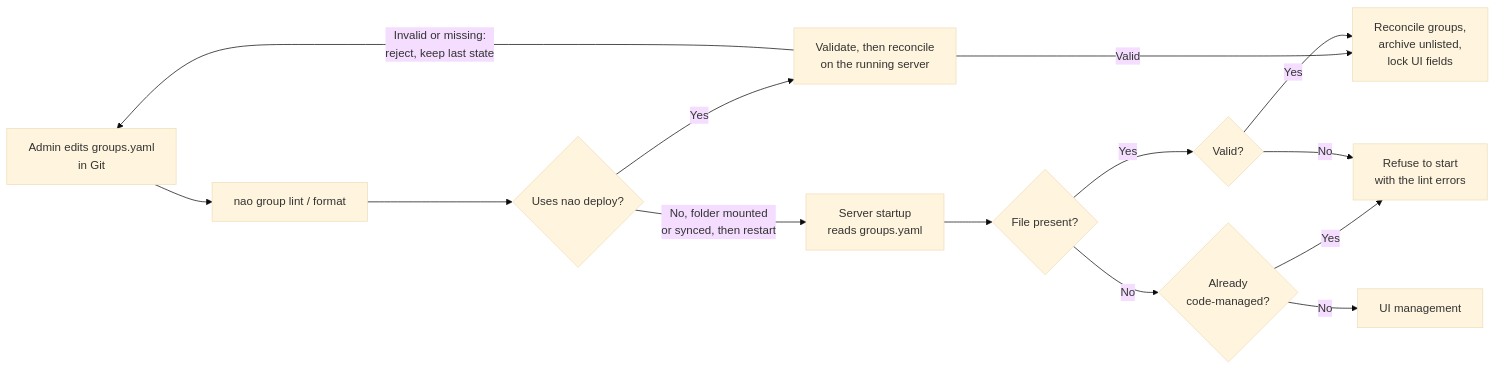
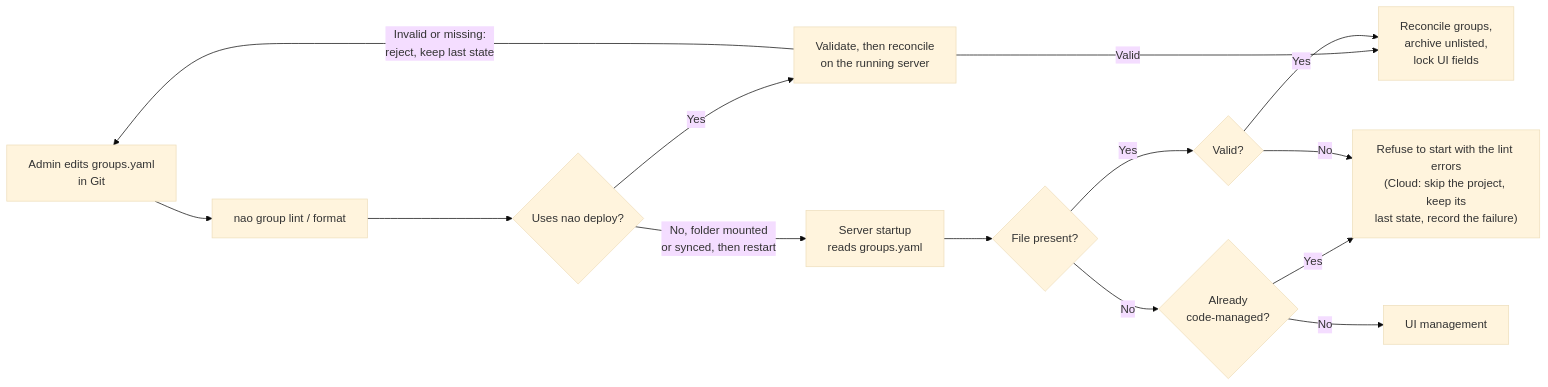
The diagram in GROUPS_AS_CODE.md (getnao/nao), drawn with Mermaid (base theme) before and after one commit. The commit also changed other lines of this file and 43 other files, not shown here.

````diff
--- a/GROUPS_AS_CODE.md
+++ b/GROUPS_AS_CODE.md
@@ -64,27 +66,27 @@
 ```mermaid
 flowchart LR
     Edit["Admin edits groups.yaml<br/>in Git"]
     Lint["nao group lint / format"]
     Deploy{"Uses nao deploy?"}
     DeployCheck["Validate, then reconcile<br/>on the running server"]
     Boot["Server startup<br/>reads groups.yaml"]
     Present{"File present?"}
     CodeManaged{"Already<br/>code-managed?"}
     Valid{"Valid?"}
     Apply["Reconcile groups,<br/>archive unlisted,<br/>lock UI fields"]
-    Stop["Refuse to start<br/>with the lint errors"]
+    Stop["Refuse to start with the lint errors<br/>(Cloud: skip the project, keep its<br/>last state, record the failure)"]
     UI["UI management"]
 
     Edit --> Lint --> Deploy
     Deploy -->|Yes| DeployCheck
     DeployCheck -->|Valid| Apply
     DeployCheck -->|"Invalid or missing:<br/>reject, keep last state"| Edit
     Deploy -->|"No, folder mounted<br/>or synced, then restart"| Boot
     Boot --> Present
     Present -->|Yes| Valid
     Present -->|No| CodeManaged
     CodeManaged -->|No| UI
     CodeManaged -->|Yes| Stop
     Valid -->|Yes| Apply
     Valid -->|No| Stop
 ```
````
